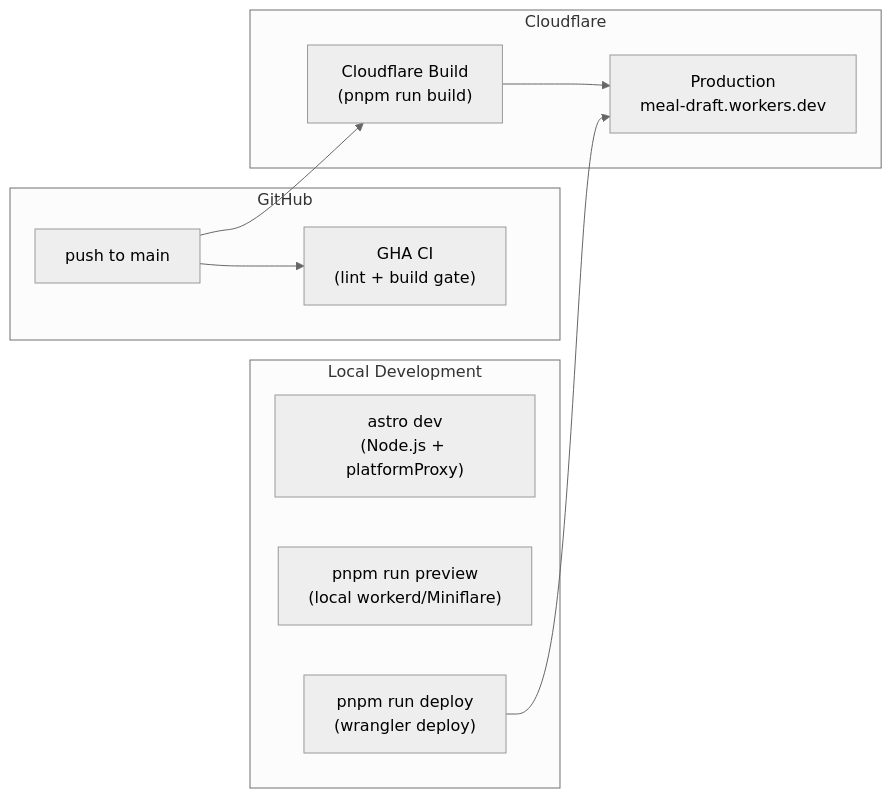
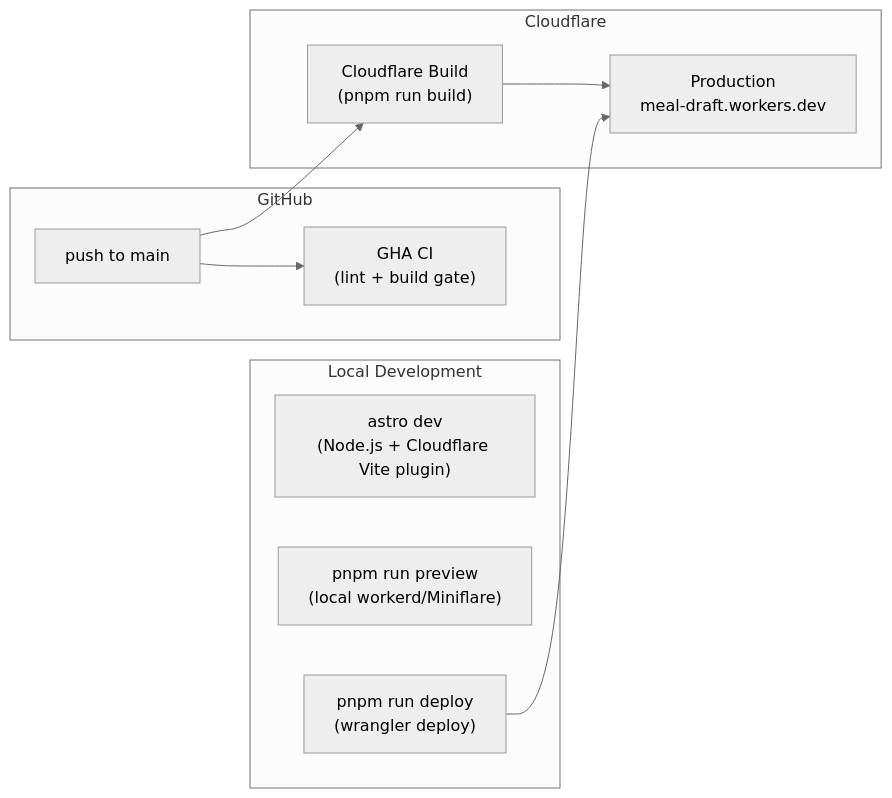
The first of 2 diagrams in context/changes/deployment/deployment-plan.md (astocka/meal-draft), drawn with Mermaid (neutral theme) before and after one commit. The commit also changed other lines of this file and 2 other files, not shown here.

Commit message:
docs: finalize Cloudflare deployment plan and operational docs

````diff
--- a/context/changes/deployment/deployment-plan.md
+++ b/context/changes/deployment/deployment-plan.md
@@ -340,23 +342,23 @@
 ```mermaid
 flowchart LR
   subgraph local [Local Development]
-    DEV["astro dev<br/>(Node.js + platformProxy)"]
+    DEV["astro dev<br/>(Node.js + Cloudflare Vite plugin)"]
     PREVIEW["pnpm run preview<br/>(local workerd/Miniflare)"]
     MANUAL["pnpm run deploy<br/>(wrangler deploy)"]
   end
 
   subgraph github [GitHub]
     PUSH["push to main"]
     GHA["GHA CI<br/>(lint + build gate)"]
   end
 
   subgraph cloudflare [Cloudflare]
     CF_BUILD["Cloudflare Build<br/>(pnpm run build)"]
     CF_PROD["Production<br/>meal-draft.workers.dev"]
   end
 
   PUSH --> GHA
   PUSH --> CF_BUILD
   CF_BUILD --> CF_PROD
   MANUAL --> CF_PROD
 ```
````
